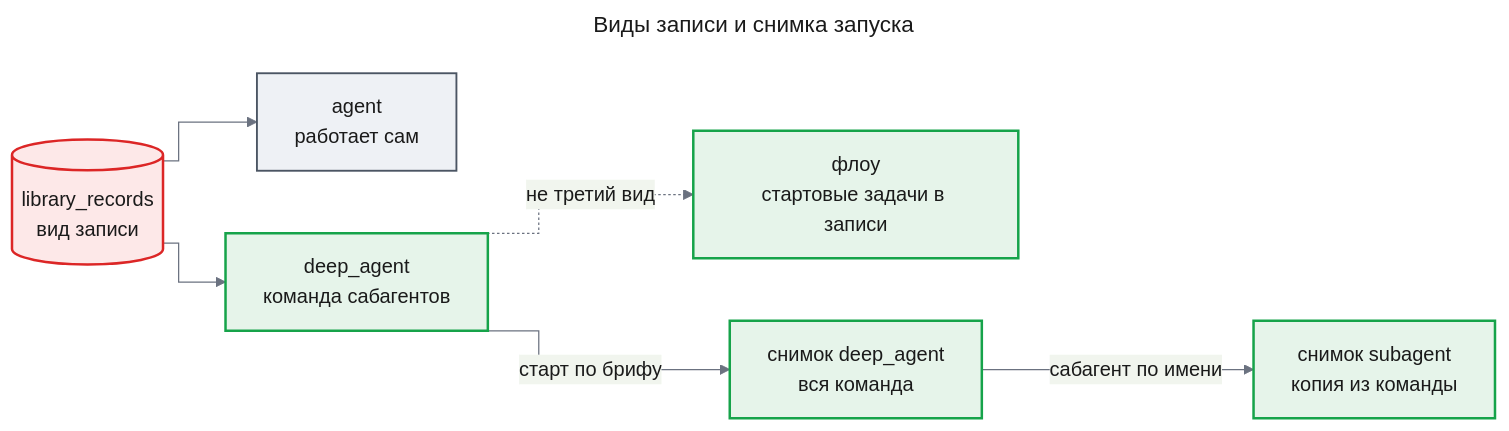
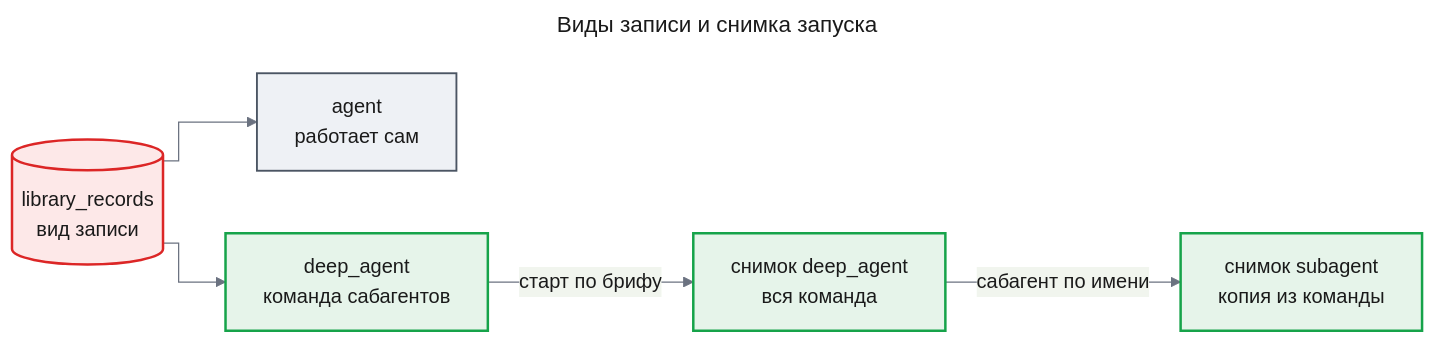
One commit to tundraray/agent-os changed the diagram in docs/adr/ADR-0021-deep-agent-record-kind.md. Above: the diagram before and after it, drawn with Mermaid. The commit also changed other lines of this file and 7 other files, not shown here.

Commit message:
docs(deep-agents): reduce the part designs and ADR-0021 to the target architecture

````diff
--- a/docs/adr/ADR-0021-deep-agent-record-kind.md
+++ b/docs/adr/ADR-0021-deep-agent-record-kind.md
@@ -13,33 +13,31 @@
 ```mermaid
 ---
 title: "Виды записи и снимка запуска"
 config:
   theme: base
   look: classic
   themeVariables:
     primaryColor: "#eef1f5"
     primaryBorderColor: "#4b5563"
     primaryTextColor: "#1a1a1a"
     lineColor: "#6b7280"
   flowchart:
     curve: step
 ---
 flowchart LR
     rec[("library_records<br/>вид записи")]
     agent["agent<br/>работает сам"]
     deep["deep_agent<br/>команда сабагентов"]
-    flow["флоу<br/>стартовые задачи в записи"]
     snapD["снимок deep_agent<br/>вся команда"]
     snapS["снимок subagent<br/>копия из команды"]
     rec --> agent
     rec --> deep
-    deep -.->|"не третий вид"| flow
     deep -->|"старт по брифу"| snapD
     snapD -->|"сабагент по имени"| snapS
     classDef changed fill:#fde8e8,stroke:#dc2626,stroke-width:2px,color:#1a1a1a
     classDef new fill:#e6f4ea,stroke:#16a34a,stroke-width:2px,color:#1a1a1a
     classDef unchanged fill:#eef1f5,stroke:#4b5563,stroke-width:1.5px,color:#1a1a1a
     class rec changed
     class agent unchanged
-    class deep,flow,snapD,snapS new
+    class deep,snapD,snapS new
 ```
````
